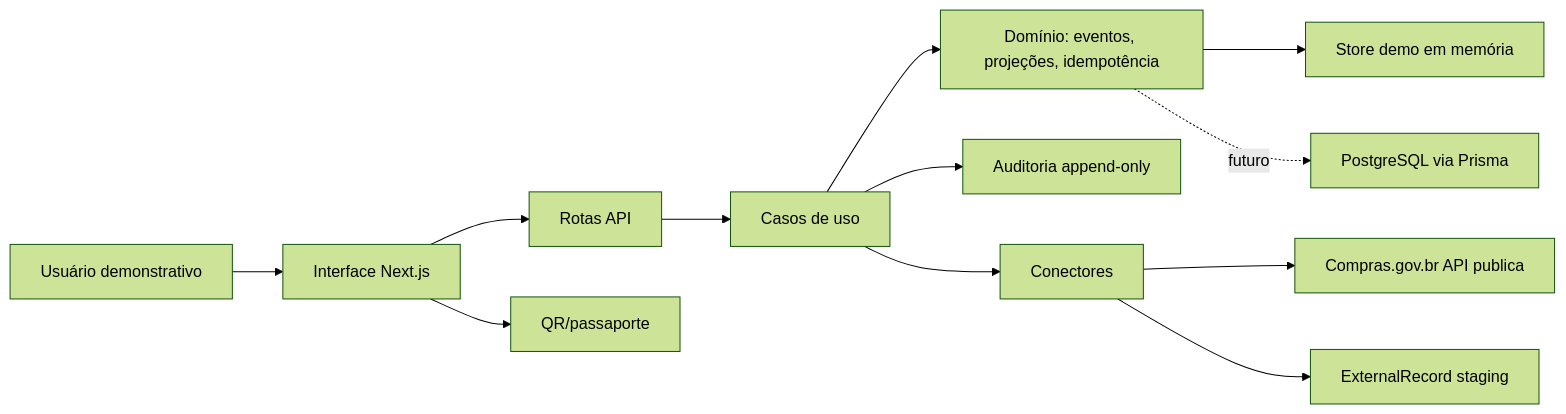
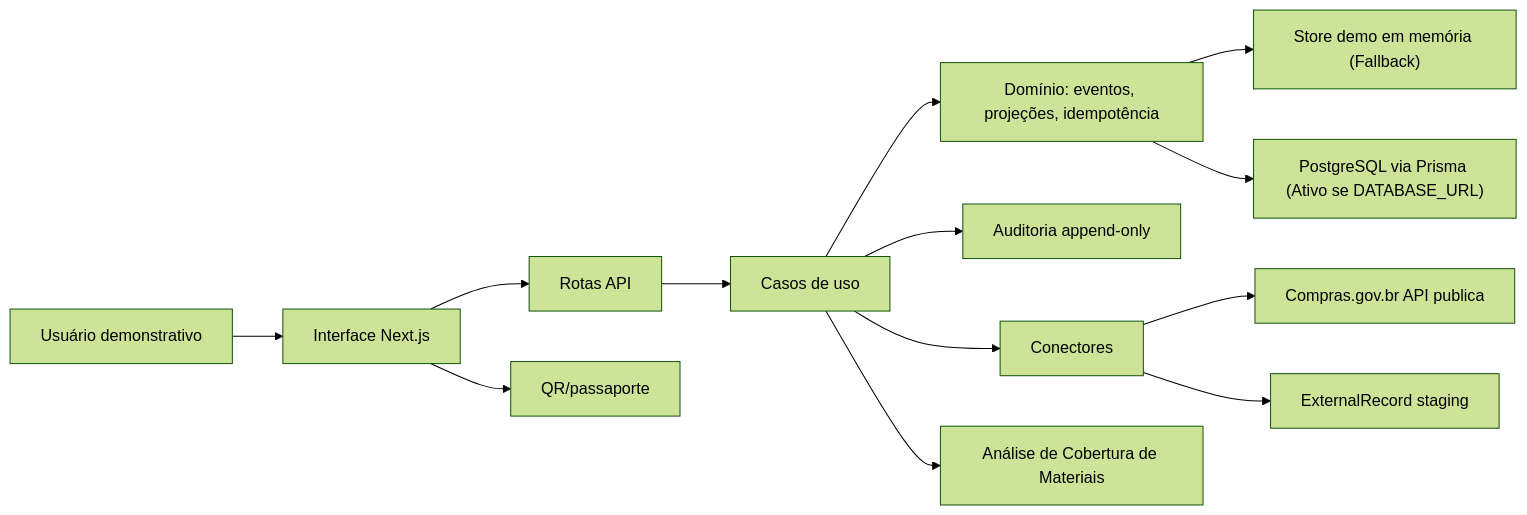
Before and after one commit to edersouzamelo/MCL: the diagram in docs/ARCHITECTURE.md, drawn with Mermaid (forest theme). The commit also changed other lines of this file and 34 other files, not shown here.

Commit message:
feat: implementacao completa de analise de cobertura de materiais v1 e correcao da busca de atas

````diff
--- a/docs/ARCHITECTURE.md
+++ b/docs/ARCHITECTURE.md
@@ -5,14 +5,15 @@
 ```mermaid
 flowchart LR
   U["Usuário demonstrativo"] --> UI["Interface Next.js"]
   UI --> API["Rotas API"]
   API --> APP["Casos de uso"]
   APP --> DOM["Domínio: eventos, projeções, idempotência"]
-  DOM --> STORE["Store demo em memória"]
-  DOM -. futuro .-> PG["PostgreSQL via Prisma"]
+  DOM --> STORE["Store demo em memória (Fallback)"]
+  DOM --> PG["PostgreSQL via Prisma (Ativo se DATABASE_URL)"]
   APP --> AUD["Auditoria append-only"]
   UI --> QR["QR/passaporte"]
   APP --> CONN["Conectores"]
   CONN --> GOV["Compras.gov.br API publica"]
   CONN --> STG["ExternalRecord staging"]
+  APP --> COV["Análise de Cobertura de Materiais"]
 ```
````
